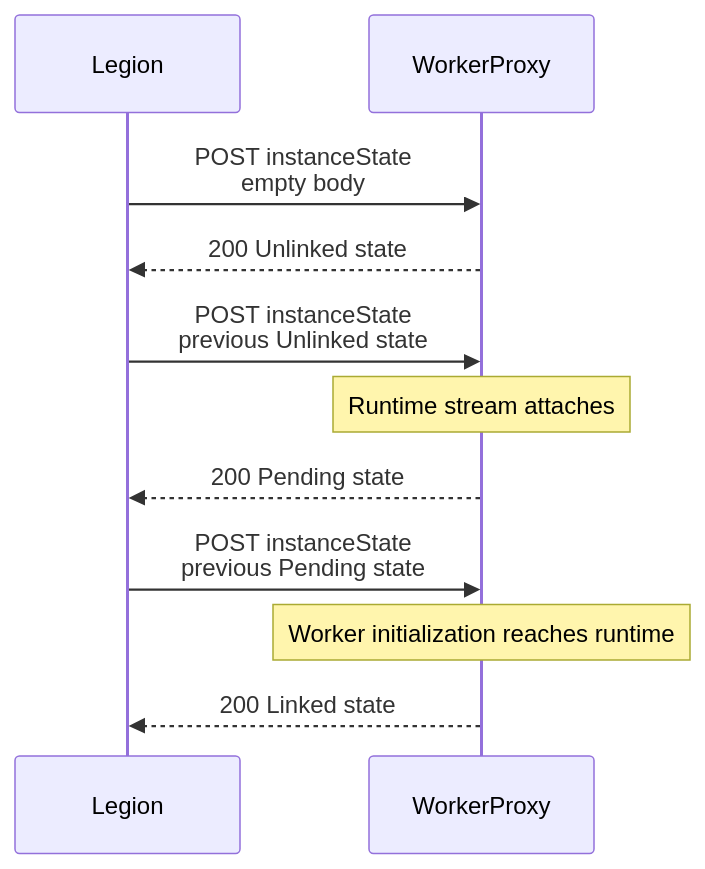
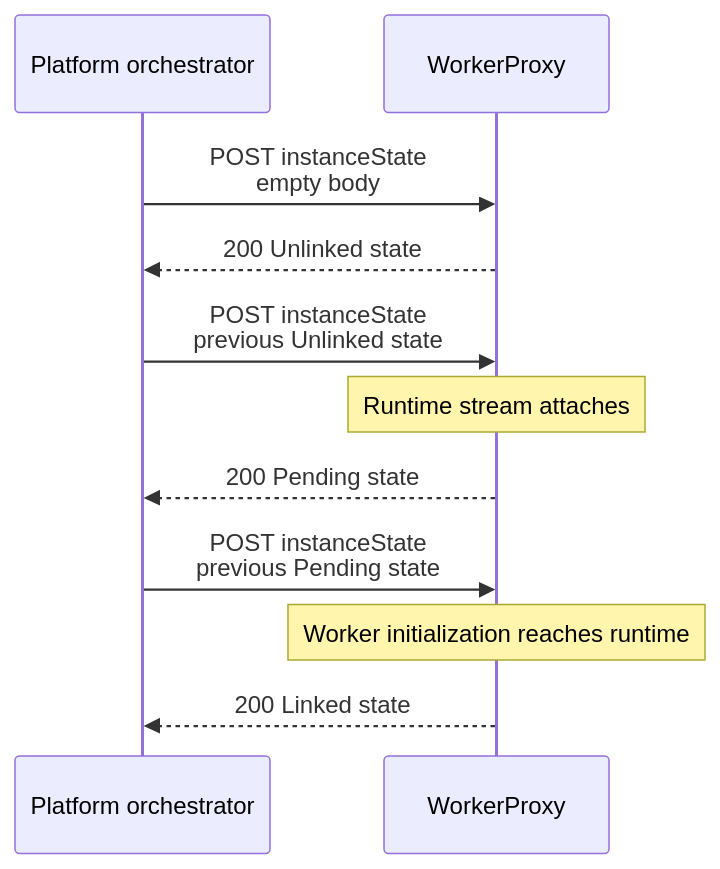
Before and after one commit to Azure/azure-functions-host: the fourth of 4 diagrams in tools/ComputeSeparation/BYOCSplitWorkerSignals.md, drawn with Mermaid. The commit also changed other lines of this file and 1 other file, not shown here.

````diff
--- a/tools/ComputeSeparation/BYOCSplitWorkerSignals.md
+++ b/tools/ComputeSeparation/BYOCSplitWorkerSignals.md
@@ -192,14 +182,14 @@
 ```mermaid
 sequenceDiagram
-    participant Legion
+    participant Platform as Platform orchestrator
     participant Proxy as WorkerProxy
 
-    Legion->>Proxy: POST instanceState<br/>empty body
-    Proxy-->>Legion: 200 Unlinked state
-    Legion->>Proxy: POST instanceState<br/>previous Unlinked state
+    Platform->>Proxy: POST instanceState<br/>empty body
+    Proxy-->>Platform: 200 Unlinked state
+    Platform->>Proxy: POST instanceState<br/>previous Unlinked state
     Note over Proxy: Runtime stream attaches
-    Proxy-->>Legion: 200 Pending state
-    Legion->>Proxy: POST instanceState<br/>previous Pending state
+    Proxy-->>Platform: 200 Pending state
+    Platform->>Proxy: POST instanceState<br/>previous Pending state
     Note over Proxy: Worker initialization reaches runtime
-    Proxy-->>Legion: 200 Linked state
+    Proxy-->>Platform: 200 Linked state
 ```
````
